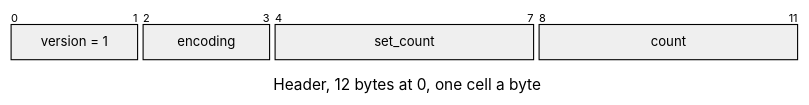
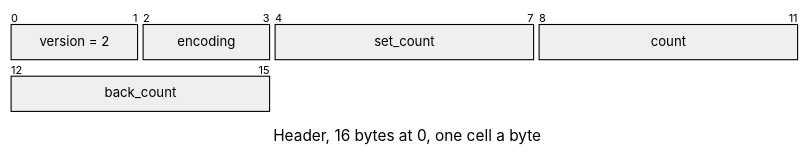
The diagram in docs/assets/formats/LCOL.md (jose-villegas/autana), drawn with Mermaid before and after one commit. The commit also changed other lines of this file and 34 other files, not shown here.

````diff
--- a/docs/assets/formats/LCOL.md
+++ b/docs/assets/formats/LCOL.md
@@ -13,15 +14,16 @@
 ```mermaid
 ---
 config:
-  themeCSS: "g:nth-of-type(2) rect:nth-of-type(1) { fill: #8fb3ee !important; } g:nth-of-type(2) rect:nth-of-type(2) { fill: #c7aaee !important; } g:nth-of-type(2) rect:nth-of-type(3) { fill: #93d6b0 !important; } g:nth-of-type(2) rect:nth-of-type(4) { fill: #93d6b0 !important; } .packetLabel { fill: #1b1b1b !important; }"
+  themeCSS: "g:nth-of-type(2) rect:nth-of-type(1) { fill: #8fb3ee !important; } g:nth-of-type(2) rect:nth-of-type(2) { fill: #c7aaee !important; } g:nth-of-type(2) rect:nth-of-type(3) { fill: #93d6b0 !important; } g:nth-of-type(2) rect:nth-of-type(4) { fill: #93d6b0 !important; } g:nth-of-type(3) rect:nth-of-type(1) { fill: #93d6b0 !important; } .packetLabel { fill: #1b1b1b !important; }"
   packet:
     bitsPerRow: 12
     bitWidth: 60
 ---
 packet-beta
-title Header, 12 bytes at 0, one cell a byte
-0-1: "version = 1"
+title Header, 16 bytes at 0, one cell a byte
+0-1: "version = 2"
 2-3: "encoding"
 4-7: "set_count"
 8-11: "count"
+12-15: "back_count"
 ```
````
